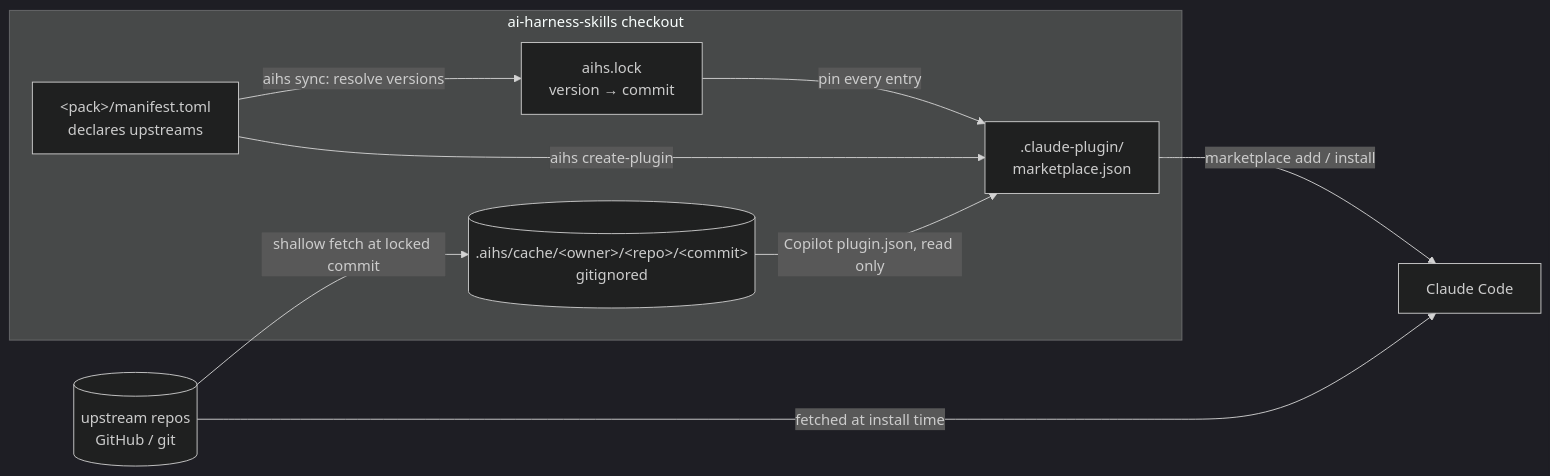
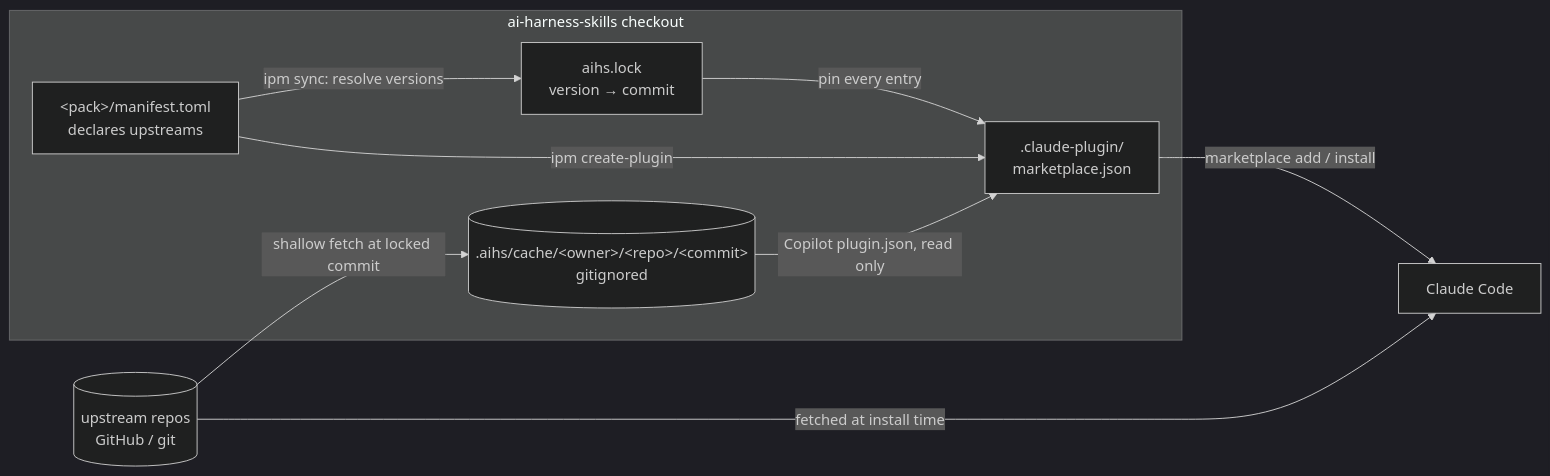
The first of 3 diagrams in docs/architecture.md (thinkjones/intelligent-package-manager), drawn with Mermaid (dark theme) before and after one commit. The commit also changed other lines of this file and 7 other files, not shown here.

Commit message:
docs: rename aihs to ipm

````diff
--- a/docs/architecture.md
+++ b/docs/architecture.md
@@ -13,19 +13,19 @@
 ```mermaid
 flowchart LR
   subgraph repo["ai-harness-skills checkout"]
     M["&lt;pack&gt;/manifest.toml<br/>declares upstreams"]
     L["aihs.lock<br/>version → commit"]
     MP[".claude-plugin/<br/>marketplace.json"]
     C[(".aihs/cache/&lt;owner&gt;/&lt;repo&gt;/&lt;commit&gt;<br/>gitignored")]
   end
   U[("upstream repos<br/>GitHub / git")]
   CC["Claude Code"]
 
-  M -->|aihs sync: resolve versions| L
+  M -->|ipm sync: resolve versions| L
   U -->|shallow fetch at locked commit| C
   C -->|Copilot plugin.json, read only| MP
-  M -->|aihs create-plugin| MP
+  M -->|ipm create-plugin| MP
   L -->|pin every entry| MP
   MP -->|marketplace add / install| CC
   U -->|fetched at install time| CC
 ```
````
